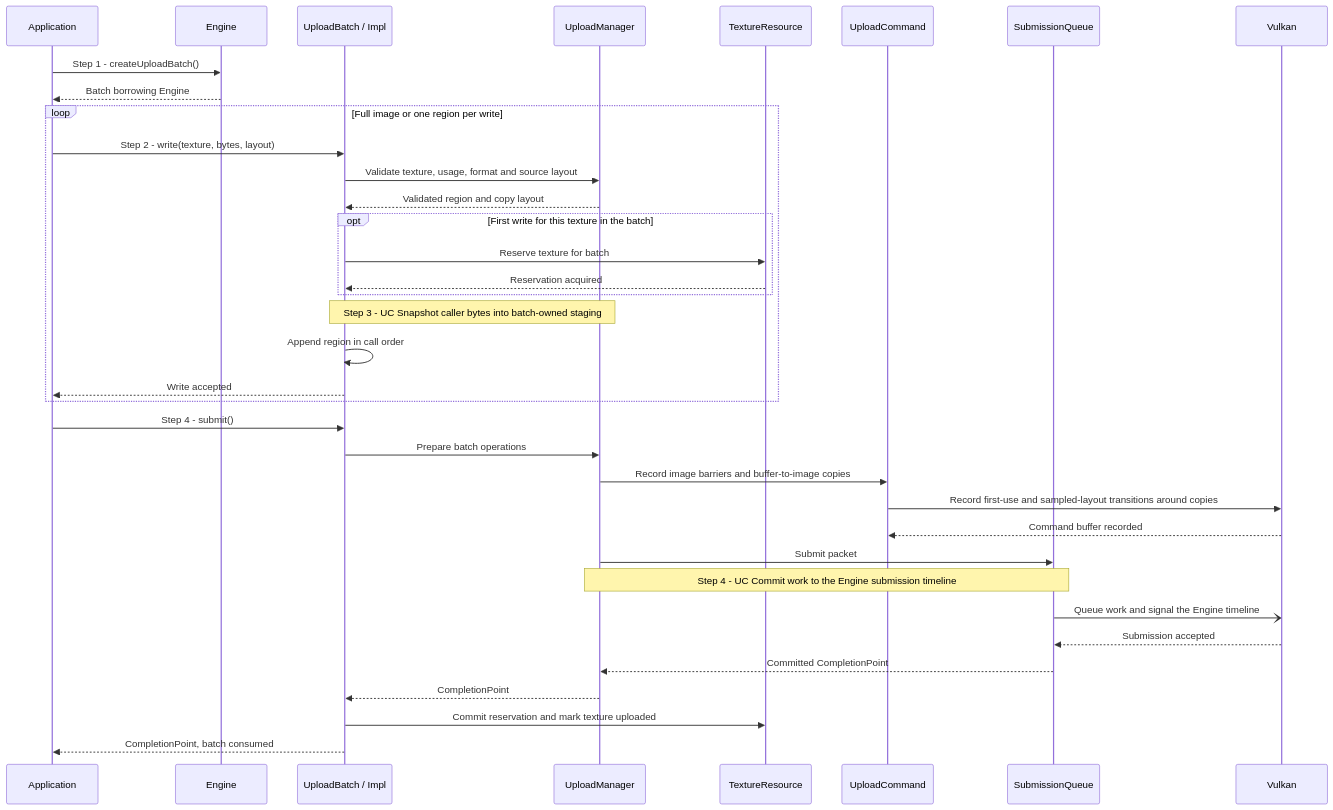
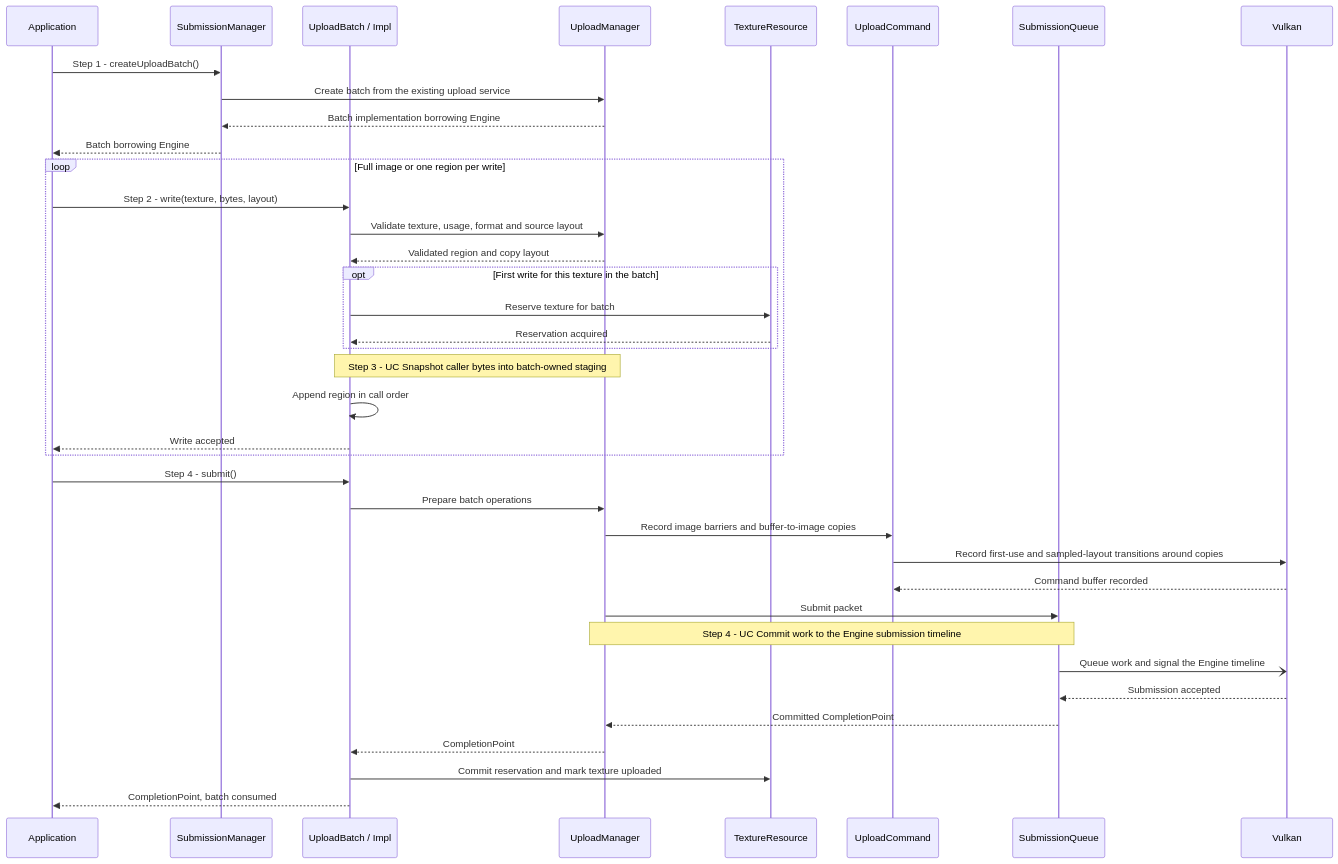
Before and after one commit to a-soltysik/Panda: the first of 2 diagrams in docs/use-cases/upload-texture.md, drawn with Mermaid. The commit also changed 22 other files, not shown here.

Commit message:
Remove resource and submission callbacks into Engine (#123)

````diff
--- a/docs/use-cases/upload-texture.md
+++ b/docs/use-cases/upload-texture.md
@@ -52,38 +52,40 @@
 ```mermaid
 sequenceDiagram
     participant A as Application
-    participant C as Engine
+    participant S as SubmissionManager
     participant B as UploadBatch / Impl
     participant U as UploadManager
     participant T as TextureResource
     participant K as UploadCommand
     participant Q as SubmissionQueue
     participant V as Vulkan
-    A->>C: Step 1 - createUploadBatch()
-    C-->>A: Batch borrowing Engine
+    A->>S: Step 1 - createUploadBatch()
+    S->>U: Create batch from the existing upload service
+    U-->>S: Batch implementation borrowing Engine
+    S-->>A: Batch borrowing Engine
     loop Full image or one region per write
         A->>B: Step 2 - write(texture, bytes, layout)
         B->>U: Validate texture, usage, format and source layout
         U-->>B: Validated region and copy layout
         opt First write for this texture in the batch
             B->>T: Reserve texture for batch
             T-->>B: Reservation acquired
         end
         Note over B,U: Step 3 - UC Snapshot caller bytes into batch-owned staging
         B->>B: Append region in call order
         B-->>A: Write accepted
     end
     A->>B: Step 4 - submit()
     B->>U: Prepare batch operations
     U->>K: Record image barriers and buffer-to-image copies
     K->>V: Record first-use and sampled-layout transitions around copies
     V-->>K: Command buffer recorded
     U->>Q: Submit packet
     Note over U,Q: Step 4 - UC Commit work to the Engine submission timeline
     Q-)V: Queue work and signal the Engine timeline
     V-->>Q: Submission accepted
     Q-->>U: Committed CompletionPoint
     U-->>B: CompletionPoint
     B->>T: Commit reservation and mark texture uploaded
     B-->>A: CompletionPoint, batch consumed
 ```
````
